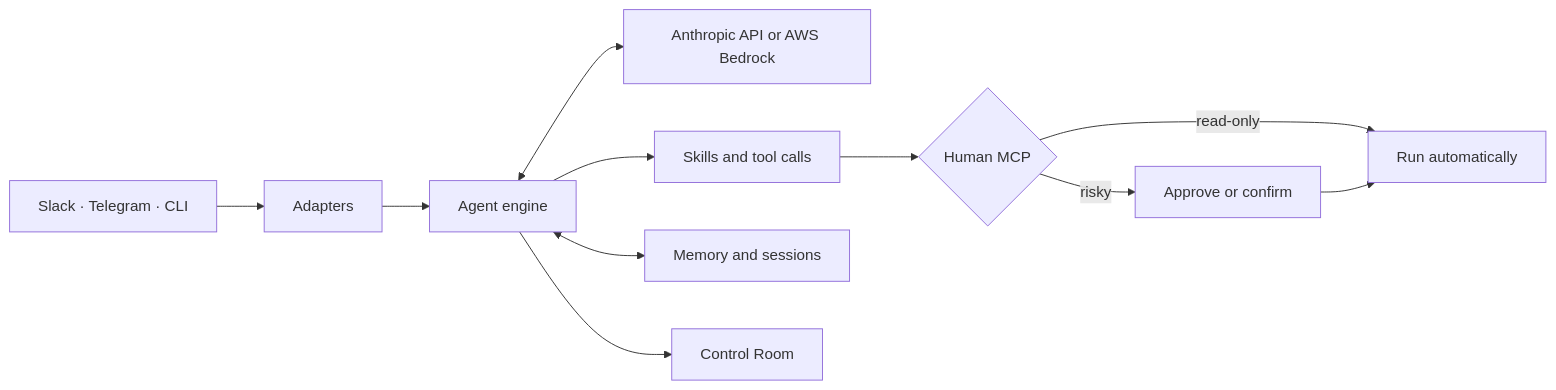
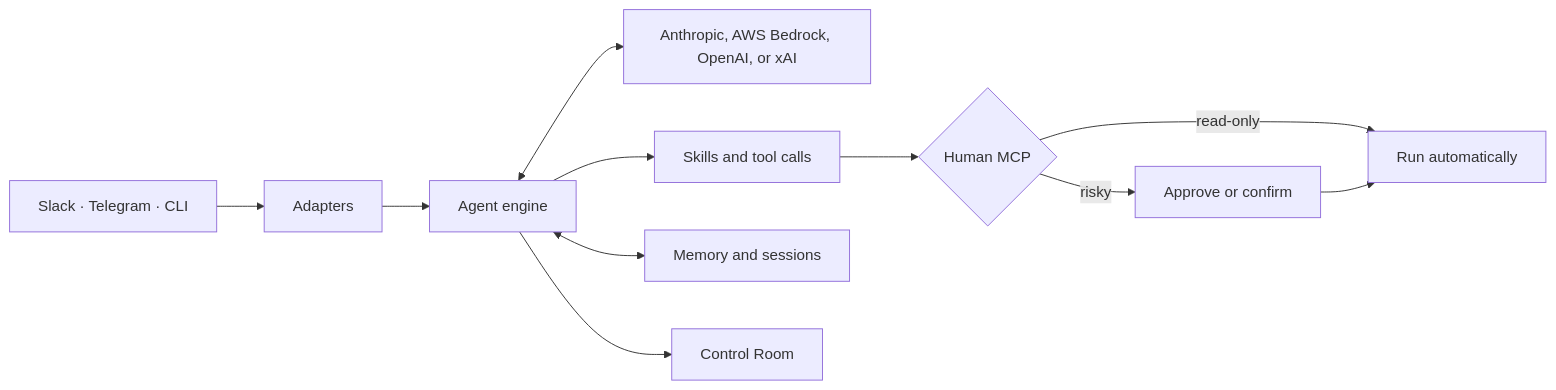
Before and after one commit to last9/mithai: the diagram in README.md, drawn with Mermaid. The commit also changed other lines of this file and 6 other files, not shown here.

````diff
--- a/README.md
+++ b/README.md
@@ -87,13 +87,13 @@
 ```mermaid
 flowchart LR
     U[Slack · Telegram · CLI] --> A[Adapters]
     A --> E[Agent engine]
-    E <--> L[Anthropic API or AWS Bedrock]
+    E <--> L[Anthropic, AWS Bedrock, OpenAI, or xAI]
     E --> S[Skills and tool calls]
     E <--> M[Memory and sessions]
     S --> H{Human MCP}
     H -->|read-only| R[Run automatically]
     H -->|risky| P[Approve or confirm]
     P --> R
     E --> C[Control Room]
 ```
````
